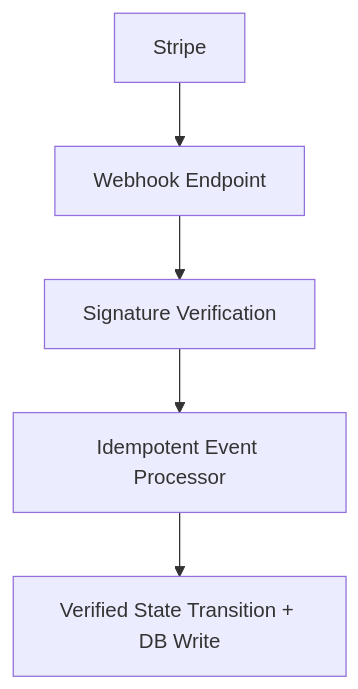
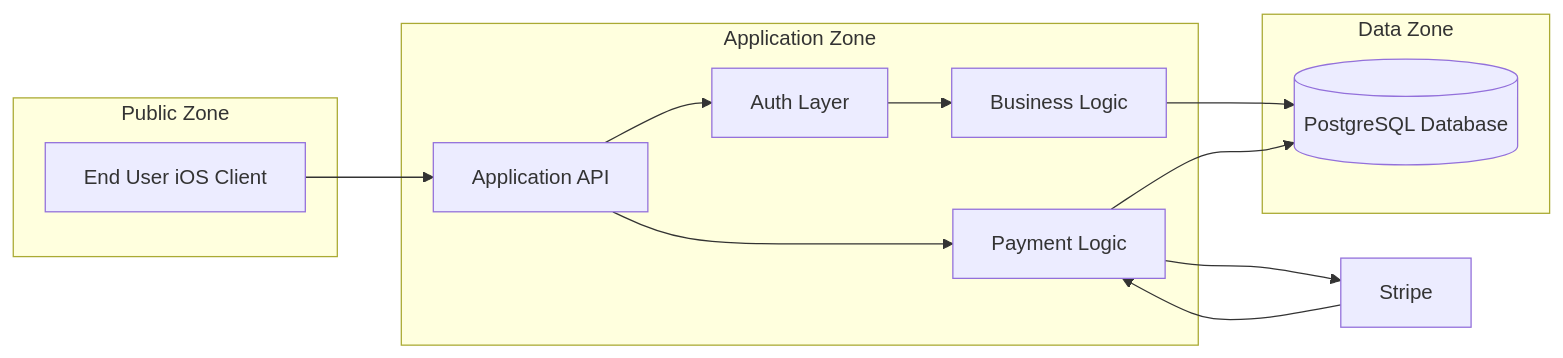
Before and after one commit to GreenbowAlabama/PlayoffChallenge: the second of 3 diagrams in docs/planning/security-architecture-briefing-2026-02-19.md, drawn with Mermaid. The commit also changed other lines of this file and 4 other files, not shown here.

````diff
--- a/docs/planning/security-architecture-briefing-2026-02-19.md
+++ b/docs/planning/security-architecture-briefing-2026-02-19.md
@@ -55,13 +47,31 @@
 ``` mermaid
-flowchart TD
+flowchart LR
+
+    subgraph Public Zone
+        User[End User iOS Client]
+    end
+
+    subgraph Application Zone
+        API[Application API]
+        Auth[Auth Layer]
+        Business[Business Logic]
+        Payments[Payment Logic]
+    end
+
+    subgraph Data Zone
+        DB[(PostgreSQL Database)]
+    end
+
     Stripe[Stripe]
-    Webhook[Webhook Endpoint]
-    Verify[Signature Verification]
-    Idempotent[Idempotent Event Processor]
-    Mutation[Verified State Transition + DB Write]
 
-    Stripe --> Webhook
-    Webhook --> Verify
-    Verify --> Idempotent
-    Idempotent --> Mutation
+    User --> API
+    API --> Auth
+    Auth --> Business
+    Business --> DB
+
+    API --> Payments
+    Payments --> DB
+
+    Stripe --> Payments
+    Payments --> Stripe
 ```
````
